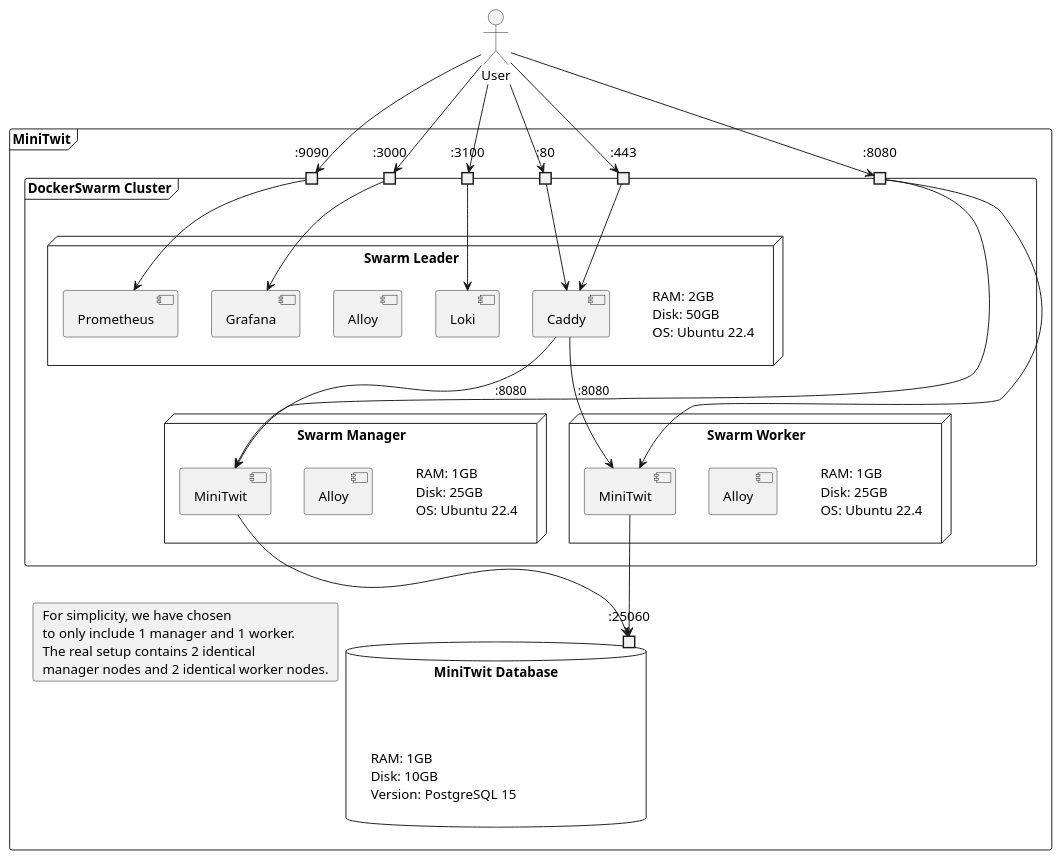
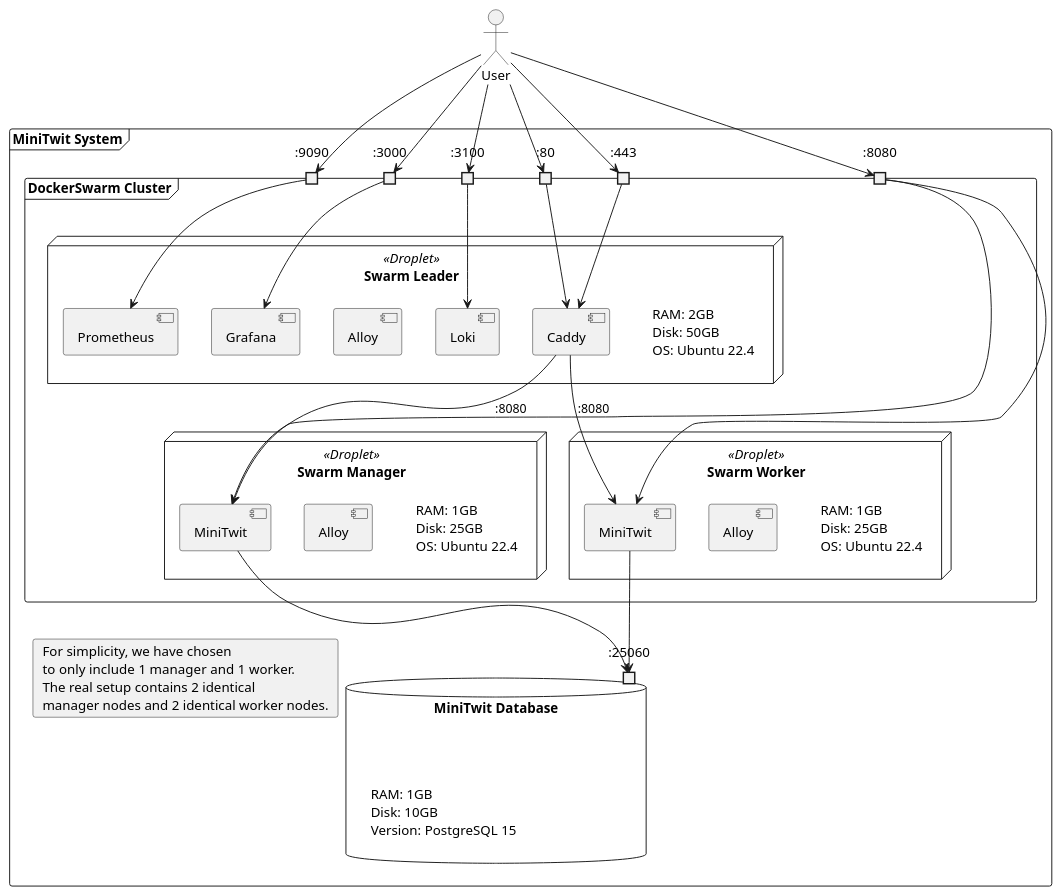
Before and after one commit to DevBobs-devops/Devbobs_MiniTwit: the diagram in report/src/diagrams/deployment.puml, drawn with PlantUML.

Commit message:
report: add droplet attribute to diagram

```diff
--- a/report/src/diagrams/deployment.puml
+++ b/report/src/diagrams/deployment.puml
@@ -1,83 +1,83 @@
 @startuml 
 
 actor User
 
-frame "MiniTwit" as MiniTwit {
+frame "MiniTwit System" as MiniTwit {
 
     frame "DockerSwarm Cluster" as DockerSwarm{
          
          
         port ":9090" as 9090
         port ":3000" as 3000
         port ":3100" as 3100
         port ":80"   as 80
         port ":443"  as 443
         port ":8080" as 8080
 
-        node "Swarm Leader" as leader {
+        node "Swarm Leader" as leader <<Droplet>>{
             label "RAM: 2GB\nDisk: 50GB \nOS: Ubuntu 22.4 " as label_0
 
             component Grafana
             component Loki
             component Alloy as alloy_0
             component Prometheus                 
             component Caddy
         }
 
     
-            node "Swarm Manager" as manager_1 {
+            node "Swarm Manager" as manager_1 <<Droplet>>{
                 label "RAM: 1GB\nDisk: 25GB \nOS: Ubuntu 22.4 " as label_1
                 component Alloy as alloy_1
                 component MiniTwit as minitwit_0
             
             }
 
-            node "Swarm Worker" as worker {
+            node "Swarm Worker" as worker <<Droplet>>{
                 label "RAM: 1GB\nDisk: 25GB \nOS: Ubuntu 22.4 " as label_2
                 component Alloy as alloy_2
                 component MiniTwit as minitwit_1
             
             }
     
     
 }   
 
     together{
 
         card card [
             For simplicity, we have chosen
             to only include 1 manager and 1 worker.     
             The real setup contains 2 identical 
             manager nodes and 2 identical worker nodes.
         ]
 
         database "MiniTwit Database" as db {
             label "RAM: 1GB \nDisk: 10GB \nVersion: PostgreSQL 15"
             port ":25060" as 25060        
         }
     }
 }
 
 
 User --> 80 
 User --> 443 
 User --> 9090
 User --> 3000
 User --> 3100 
 User --> 8080
 3000 --> Grafana 
 3100 --> Loki
 9090 --> Prometheus
 80 --> Caddy
 443 --> Caddy 
 
 8080 --> minitwit_0
 8080 --> minitwit_1
 Caddy --> minitwit_0 : :8080 
 Caddy --> minitwit_1 : :8080 
 minitwit_0 --> 25060 
 minitwit_1 --> 25060 
 
 
 
 @enduml
```
